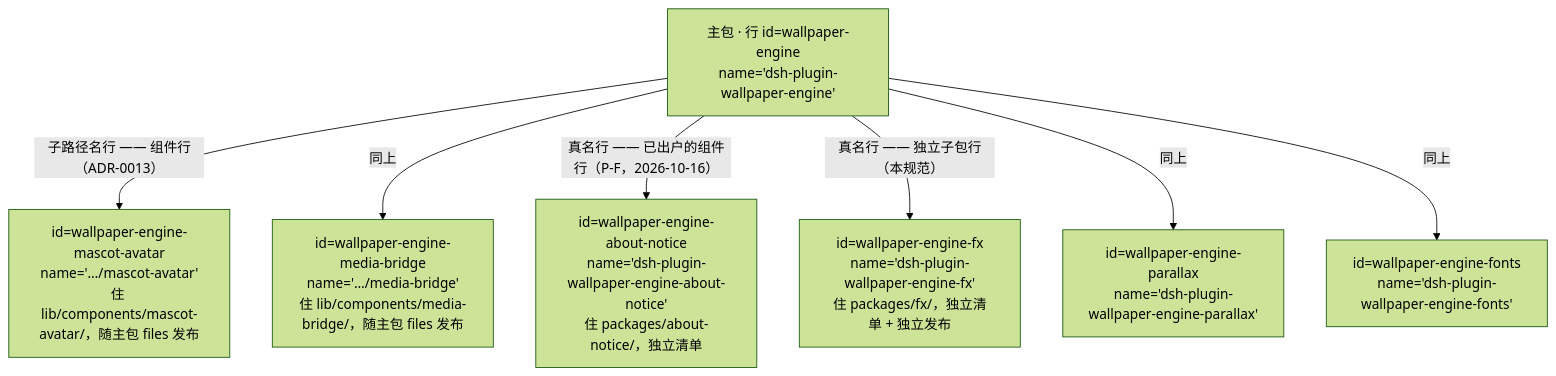
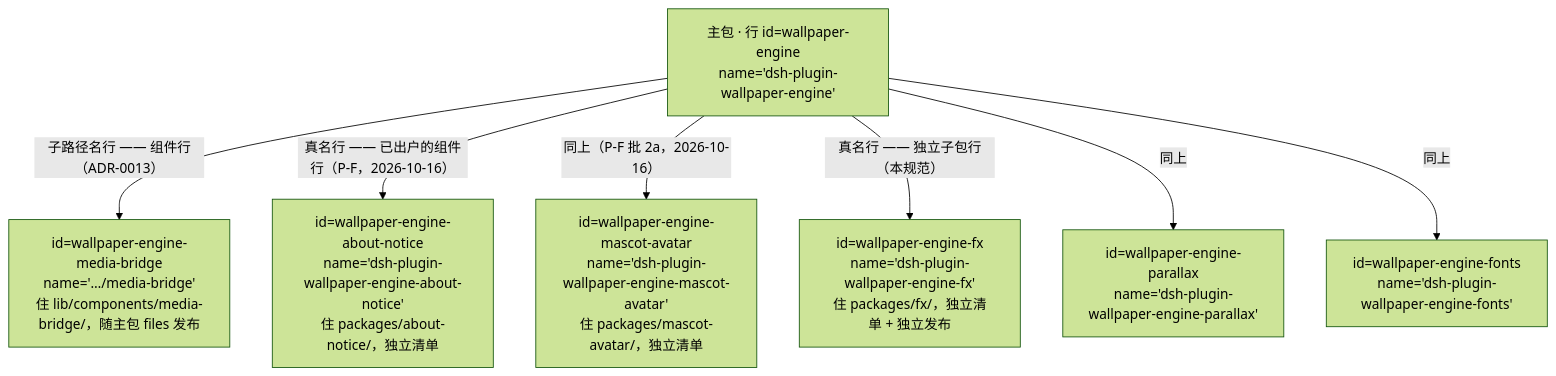
One commit to AuroraAeon/dsh-wallpaper-engine changed the first of 3 diagrams in docs/SUBPACKAGE-GRAPH.md. Above: the diagram before and after it, drawn with Mermaid (forest theme). The commit also changed other lines of this file and 23 other files, not shown here.

First line of the commit message:
refactor(bundle-split): P-F 批 2a —— mascot-avatar 出户 + 门面装载路径补 http 面

````diff
--- a/docs/SUBPACKAGE-GRAPH.md
+++ b/docs/SUBPACKAGE-GRAPH.md
@@ -27,10 +27,10 @@
 ```mermaid
 graph TD
   MAIN["主包 · 行 id=wallpaper-engine<br/>name='dsh-plugin-wallpaper-engine'"]
-  MAIN -->|"子路径名行 —— 组件行（ADR-0013）"| C2["id=wallpaper-engine-mascot-avatar<br/>name='…/mascot-avatar'<br/>住 lib/components/mascot-avatar/，随主包 files 发布"]
-  MAIN -->|"同上"| C3["id=wallpaper-engine-media-bridge<br/>name='…/media-bridge'<br/>住 lib/components/media-bridge/，随主包 files 发布"]
+  MAIN -->|"子路径名行 —— 组件行（ADR-0013）"| C3["id=wallpaper-engine-media-bridge<br/>name='…/media-bridge'<br/>住 lib/components/media-bridge/，随主包 files 发布"]
   MAIN -->|"真名行 —— 已出户的组件行（P-F，2026-10-16）"| C1["id=wallpaper-engine-about-notice<br/>name='dsh-plugin-wallpaper-engine-about-notice'<br/>住 packages/about-notice/，独立清单"]
+  MAIN -->|"同上（P-F 批 2a，2026-10-16）"| C2["id=wallpaper-engine-mascot-avatar<br/>name='dsh-plugin-wallpaper-engine-mascot-avatar'<br/>住 packages/mascot-avatar/，独立清单"]
   MAIN -->|"真名行 —— 独立子包行（本规范）"| S1["id=wallpaper-engine-fx<br/>name='dsh-plugin-wallpaper-engine-fx'<br/>住 packages/fx/，独立清单 + 独立发布"]
   MAIN -->|"同上"| S2["id=wallpaper-engine-parallax<br/>name='dsh-plugin-wallpaper-engine-parallax'"]
   MAIN -->|"同上"| S3["id=wallpaper-engine-fonts<br/>name='dsh-plugin-wallpaper-engine-fonts'"]
 ```
````
